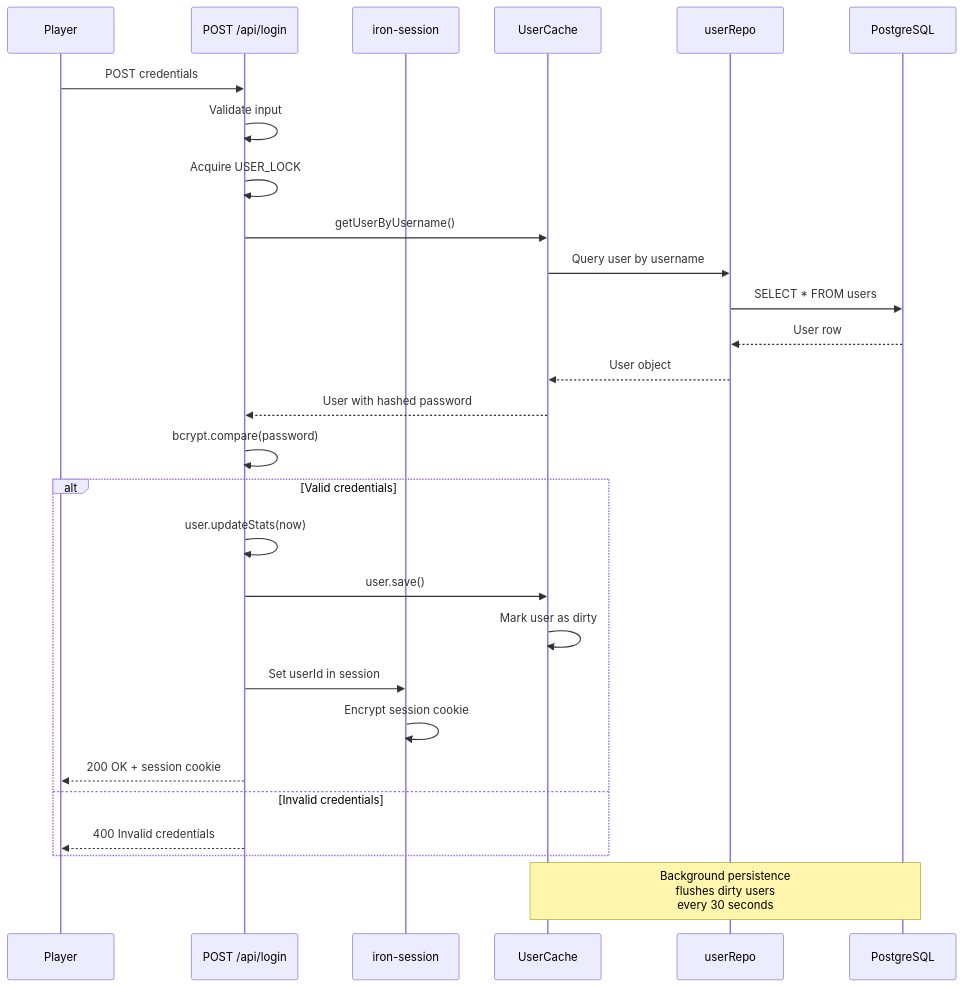
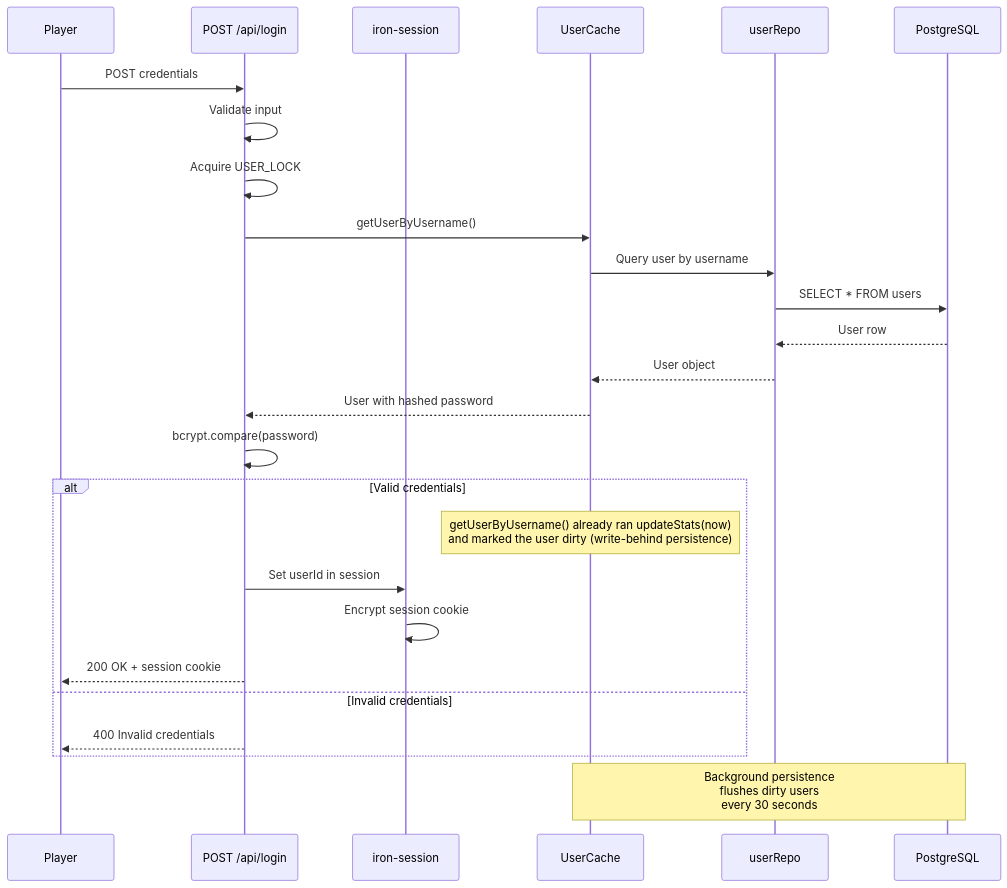
The sixth of 10 diagrams in doc/architecture/arc42-architecture.md (MarkDrei/Spacewars3), drawn with Mermaid before and after one commit. The commit also changed 8 other files, not shown here.

````diff
--- a/doc/architecture/arc42-architecture.md
+++ b/doc/architecture/arc42-architecture.md
@@ -427,32 +427,30 @@
 ```mermaid
 sequenceDiagram
     participant Player
     participant API as POST /api/login
     participant Session as iron-session
     participant Cache as UserCache
     participant Repo as userRepo
     participant DB as PostgreSQL
 
     Player->>API: POST credentials
     API->>API: Validate input
     API->>API: Acquire USER_LOCK
     API->>Cache: getUserByUsername()
     Cache->>Repo: Query user by username
     Repo->>DB: SELECT * FROM users
     DB-->>Repo: User row
     Repo-->>Cache: User object
     Cache-->>API: User with hashed password
     API->>API: bcrypt.compare(password)
     alt Valid credentials
-        API->>API: user.updateStats(now)
-        API->>Cache: user.save()
-        Cache->>Cache: Mark user as dirty
+        Note over Cache: getUserByUsername() already ran updateStats(now)<br/>and marked the user dirty (write-behind persistence)
         API->>Session: Set userId in session
         Session->>Session: Encrypt session cookie
         API-->>Player: 200 OK + session cookie
     else Invalid credentials
         API-->>Player: 400 Invalid credentials
     end
 
     Note over Cache,DB: Background persistence<br/>flushes dirty users<br/>every 30 seconds
 ```
````
